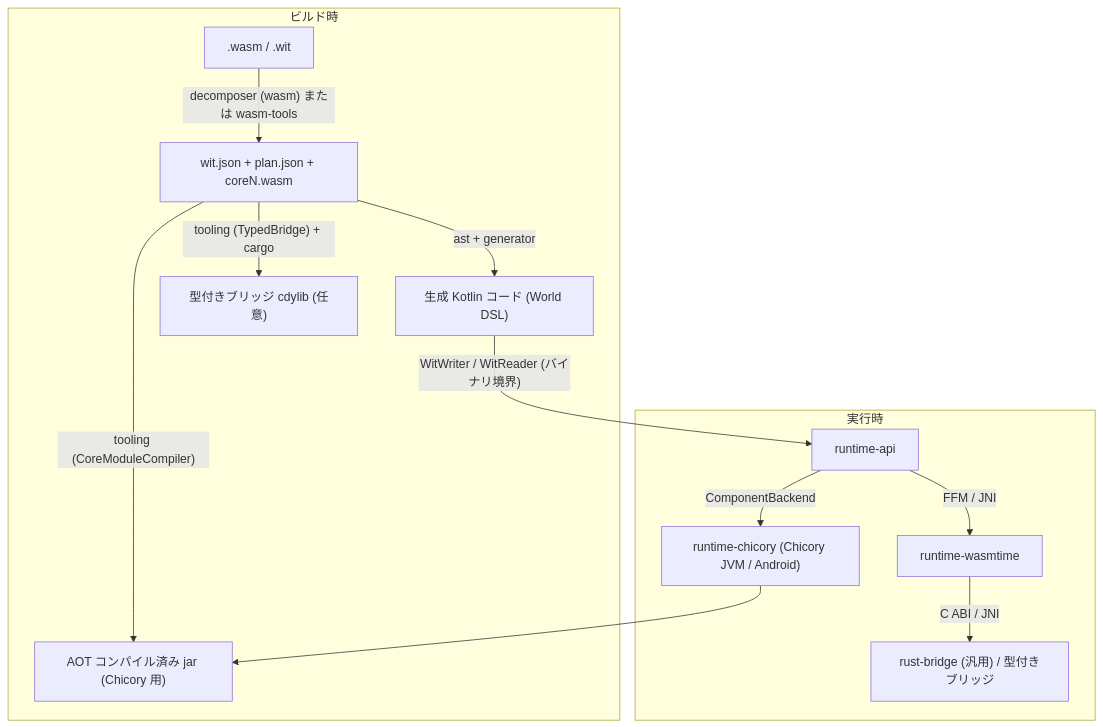
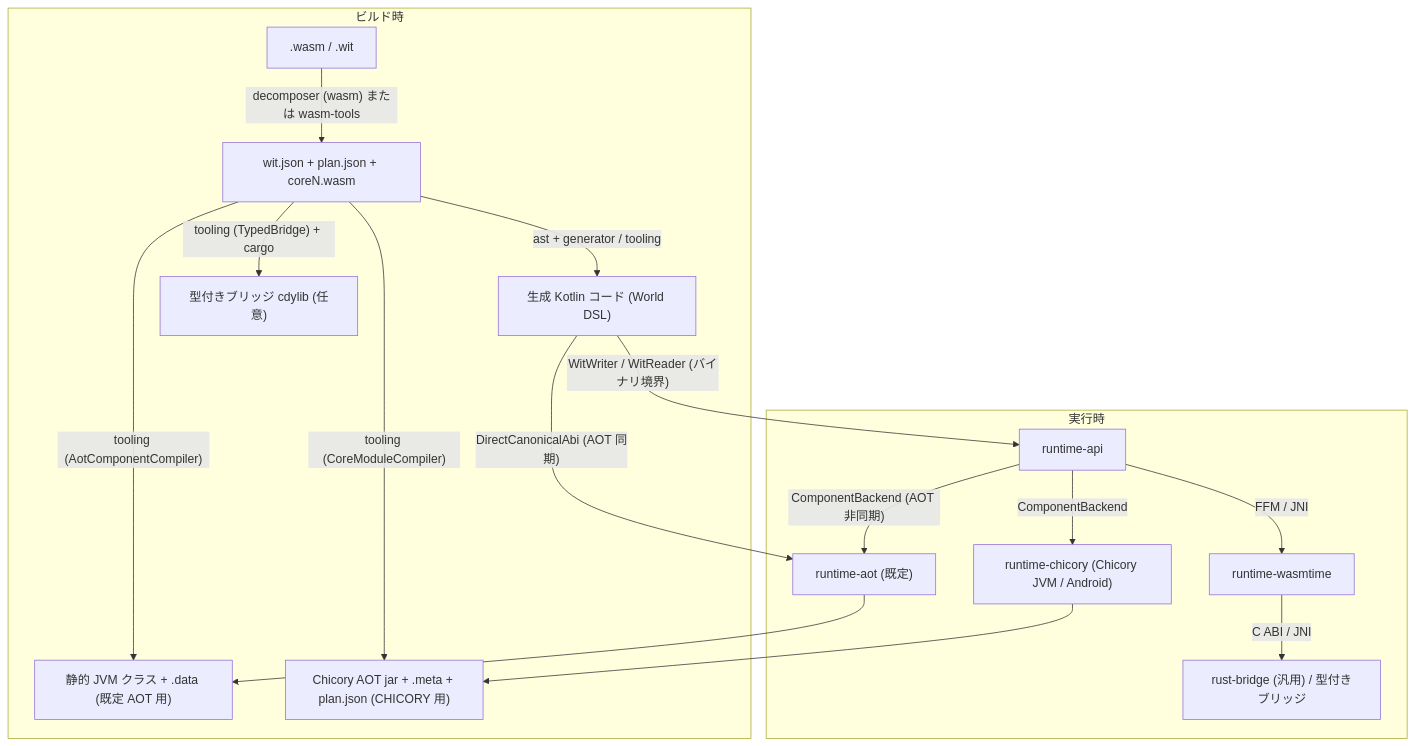
The diagram in docs/explanation/architecture.md (chikoski/wasm-component-kotlin), drawn with Mermaid before and after one commit. The commit also changed other lines of this file and 44 other files, not shown here.

First line of the commit message:
feat(gradle-plugin)!: switch default backend to AOT and update CI, samples, and docs (#210)

````diff
--- a/docs/explanation/architecture.md
+++ b/docs/explanation/architecture.md
@@ -10,17 +10,21 @@
 ```mermaid
 flowchart TD
     subgraph Build["ビルド時"]
         WASM[".wasm / .wit"] -->|"decomposer (wasm) または wasm-tools"| WIT["wit.json + plan.json + coreN.wasm"]
-        WIT -->|"ast + generator"| KT["生成 Kotlin コード (World DSL)"]
-        WIT -->|"tooling (CoreModuleCompiler)"| JAR["AOT コンパイル済み jar (Chicory 用)"]
+        WIT -->|"ast + generator / tooling"| KT["生成 Kotlin コード (World DSL)"]
+        WIT -->|"tooling (AotComponentCompiler)"| AOTJAR["静的 JVM クラス + .data (既定 AOT 用)"]
+        WIT -->|"tooling (CoreModuleCompiler)"| JAR["Chicory AOT jar + .meta + plan.json (CHICORY 用)"]
         WIT -->|"tooling (TypedBridge) + cargo"| TB["型付きブリッジ cdylib (任意)"]
     end
 
     subgraph Runtime["実行時"]
+        KT -->|"DirectCanonicalAbi (AOT 同期)"| AOTRT["runtime-aot (既定)"]
+        AOTRT --> AOTJAR
         KT -->|"WitWriter / WitReader (バイナリ境界)"| API["runtime-api"]
+        API -->|"ComponentBackend (AOT 非同期)"| AOTRT
         API -->|"ComponentBackend"| CH["runtime-chicory (Chicory JVM / Android)"]
         CH --> JAR
         API -->|"FFM / JNI"| WT["runtime-wasmtime"]
         WT -->|"C ABI / JNI"| RB["rust-bridge (汎用) / 型付きブリッジ"]
     end
 ```
````
